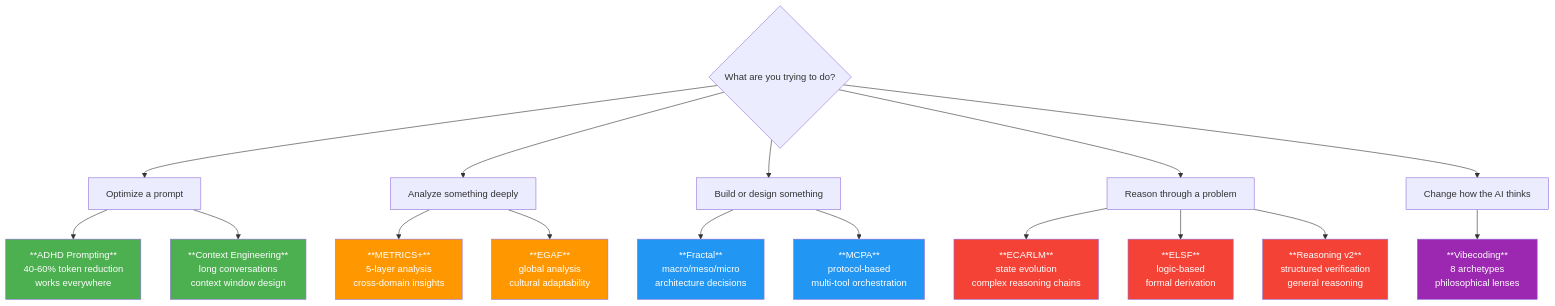
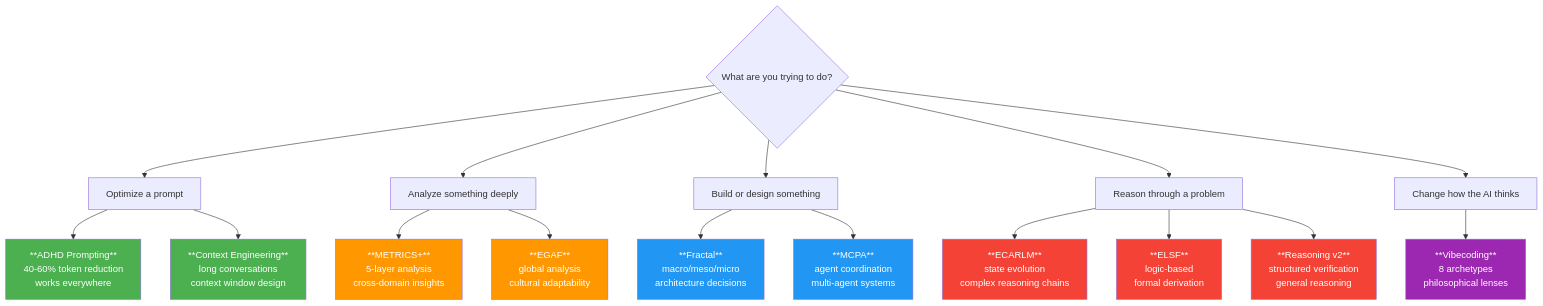
One commit to Stackbilt-dev/ai-playbook changed the diagram in README.md. Above: the diagram before and after it, drawn with Mermaid. The commit also changed other lines of this file and 15 other files, not shown here.

First line of the commit message:
feat: MCPA v2 — rewrite as multi-agent coordination pattern architecture

````diff
--- a/README.md
+++ b/README.md
@@ -84,34 +84,34 @@
 ```mermaid
 flowchart TD
     START{What are you trying to do?} --> OPTIMIZE[Optimize a prompt]
     START --> ANALYZE[Analyze something deeply]
     START --> BUILD[Build or design something]
     START --> REASON[Reason through a problem]
     START --> PERSONA[Change how the AI thinks]
 
     OPTIMIZE --> ADHD[**ADHD Prompting**<br/>40-60% token reduction<br/>works everywhere]
     OPTIMIZE --> CE[**Context Engineering**<br/>long conversations<br/>context window design]
 
     ANALYZE --> METRICS[**METRICS+**<br/>5-layer analysis<br/>cross-domain insights]
     ANALYZE --> EGAF[**EGAF**<br/>global analysis<br/>cultural adaptability]
 
     BUILD --> FRACTAL[**Fractal**<br/>macro/meso/micro<br/>architecture decisions]
-    BUILD --> MCPA[**MCPA**<br/>protocol-based<br/>multi-tool orchestration]
+    BUILD --> MCPA[**MCPA**<br/>agent coordination<br/>multi-agent systems]
 
     REASON --> ECARLM[**ECARLM**<br/>state evolution<br/>complex reasoning chains]
     REASON --> ELSF[**ELSF**<br/>logic-based<br/>formal derivation]
     REASON --> RV2[**Reasoning v2**<br/>structured verification<br/>general reasoning]
 
     PERSONA --> VIBE[**Vibecoding**<br/>8 archetypes<br/>philosophical lenses]
 
     style ADHD fill:#4CAF50,color:#fff
     style VIBE fill:#9C27B0,color:#fff
     style FRACTAL fill:#2196F3,color:#fff
     style METRICS fill:#FF9800,color:#fff
     style CE fill:#4CAF50,color:#fff
     style MCPA fill:#2196F3,color:#fff
     style ECARLM fill:#F44336,color:#fff
     style EGAF fill:#FF9800,color:#fff
     style ELSF fill:#F44336,color:#fff
     style RV2 fill:#F44336,color:#fff
 ```
````
